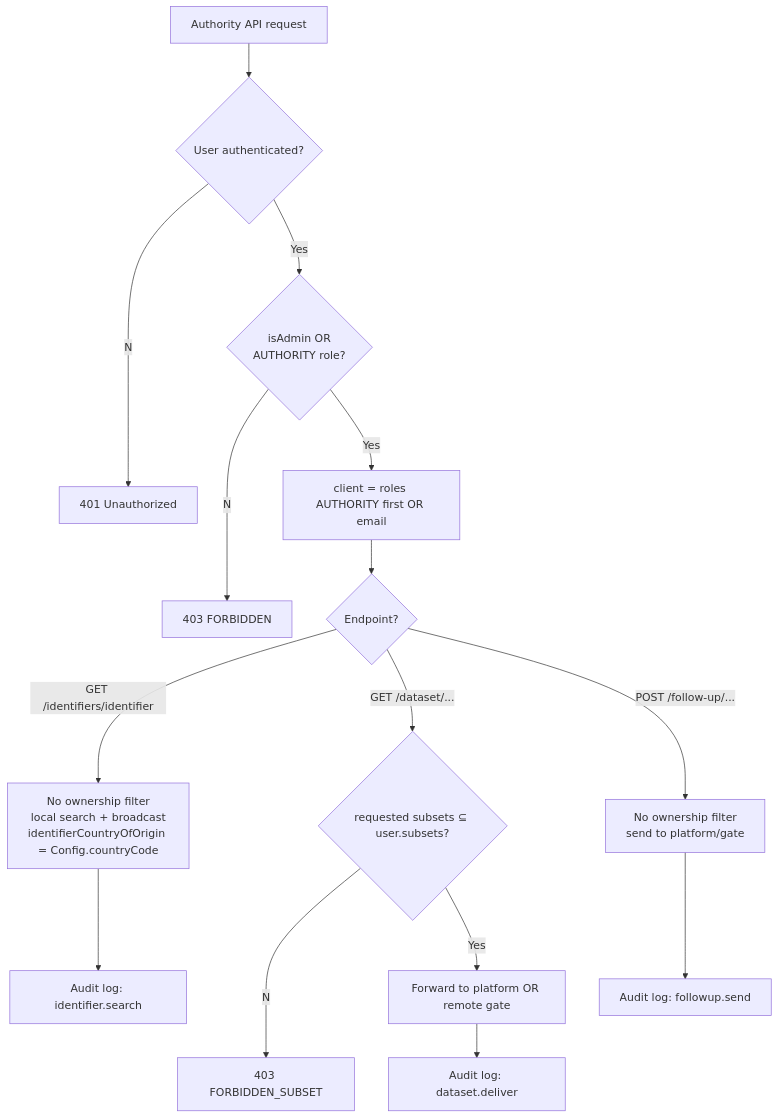
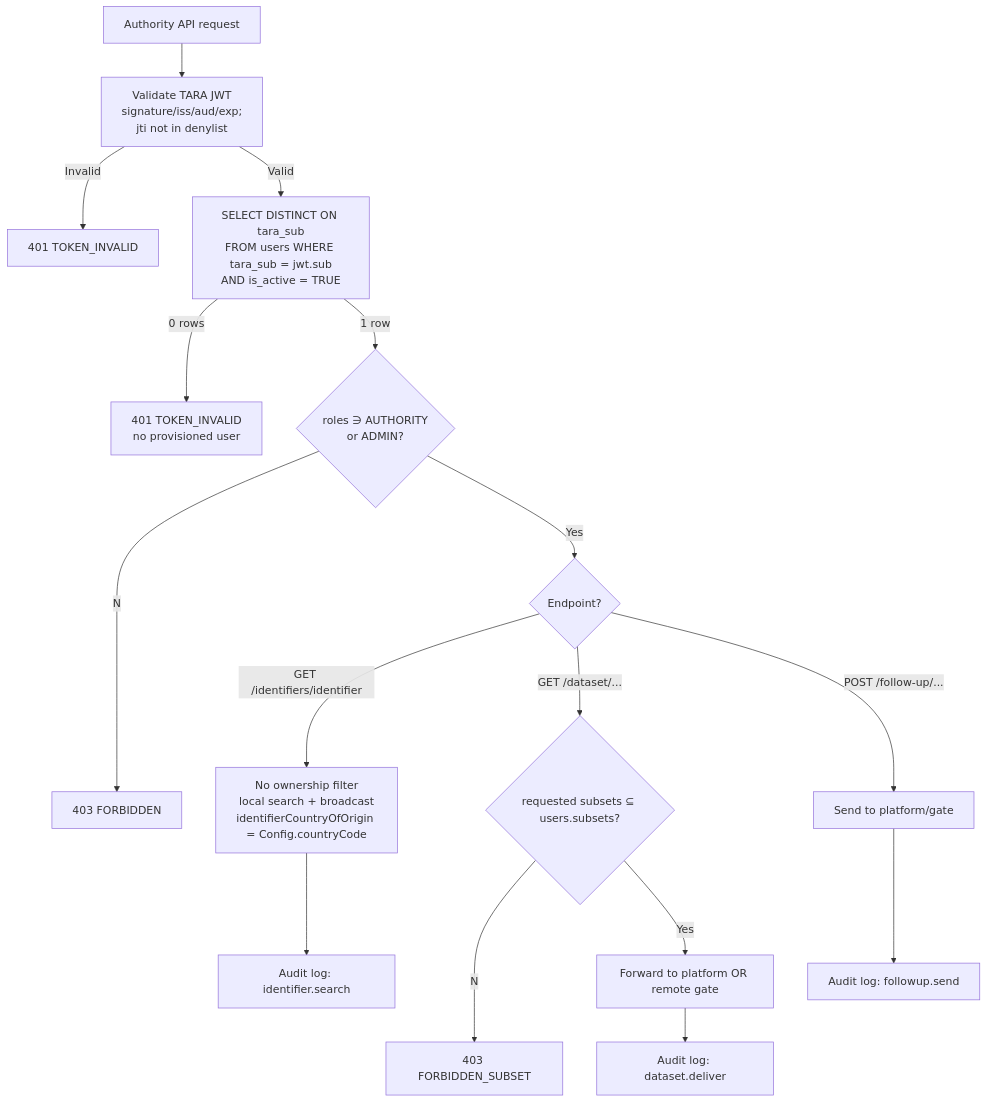
The third of 4 diagrams in docs/specs/permissions-matrix.md (kemit-ee/efti-gate-ee), drawn with Mermaid before and after one commit. The commit also changed other lines of this file and 26 other files, not shown here.

````diff
--- a/docs/specs/permissions-matrix.md
+++ b/docs/specs/permissions-matrix.md
@@ -113,17 +129,18 @@
 ```mermaid
 flowchart TD
-    REQ[Authority API request] --> A{User authenticated?}
-    A --No--> R401[401 Unauthorized]
-    A --Yes--> B{isAdmin OR<br/>AUTHORITY role?}
-    B --No--> R403[403 FORBIDDEN]
-    B --Yes--> CL[client = roles AUTHORITY first OR email]
-    CL --> ROUTE{Endpoint?}
+    REQ[Authority API request] --> JWT[Validate TARA JWT<br/>signature/iss/aud/exp;<br/>jti not in denylist]
+    JWT --Invalid--> R401[401 TOKEN_INVALID]
+    JWT --Valid--> LOOK[SELECT DISTINCT ON tara_sub<br/>FROM users WHERE tara_sub = jwt.sub<br/>AND is_active = TRUE]
+    LOOK --0 rows--> R401N[401 TOKEN_INVALID<br/>no provisioned user]
+    LOOK --1 row--> ROLE{roles ∋ AUTHORITY<br/>or ADMIN?}
+    ROLE --No--> R403[403 FORBIDDEN]
+    ROLE --Yes--> ROUTE{Endpoint?}
     ROUTE -->|GET /identifiers/identifier| SEARCH[No ownership filter<br/>local search + broadcast<br/>identifierCountryOfOrigin = Config.countryCode]
-    ROUTE -->|GET /dataset/...| SUB{requested subsets ⊆ user.subsets?}
+    ROUTE -->|GET /dataset/...| SUB{requested subsets ⊆ users.subsets?}
     SUB --No--> R403S[403 FORBIDDEN_SUBSET]
     SUB --Yes--> FWD[Forward to platform OR remote gate]
-    ROUTE -->|POST /follow-up/...| FU[No ownership filter<br/>send to platform/gate]
+    ROUTE -->|POST /follow-up/...| FU[Send to platform/gate]
     SEARCH --> AUD[Audit log: identifier.search]
     FWD --> AUD2[Audit log: dataset.deliver]
     FU --> AUD3[Audit log: followup.send]
 ```
````
